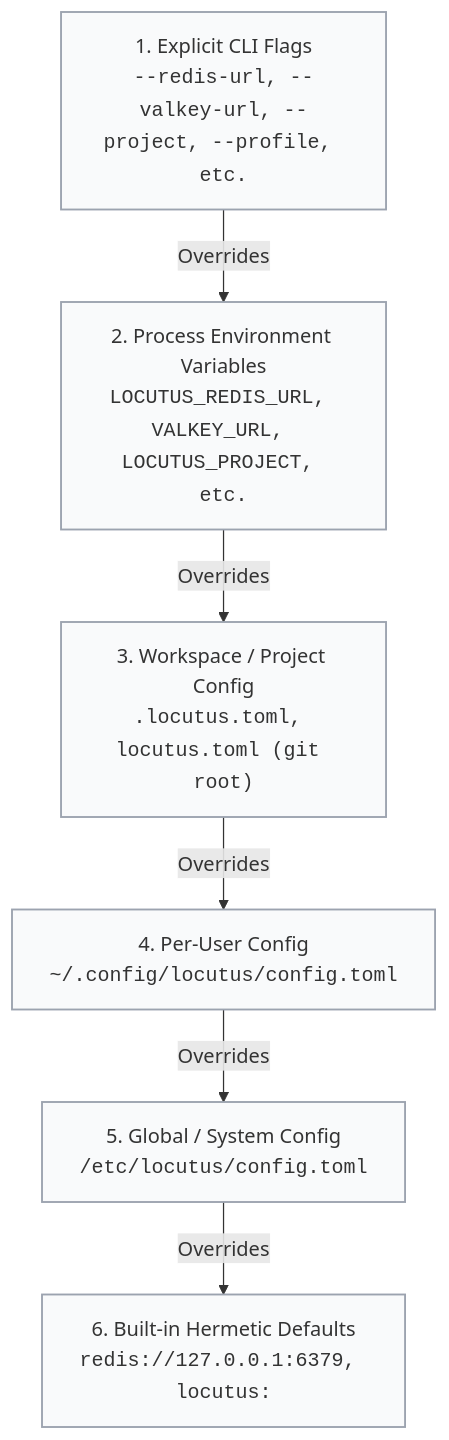
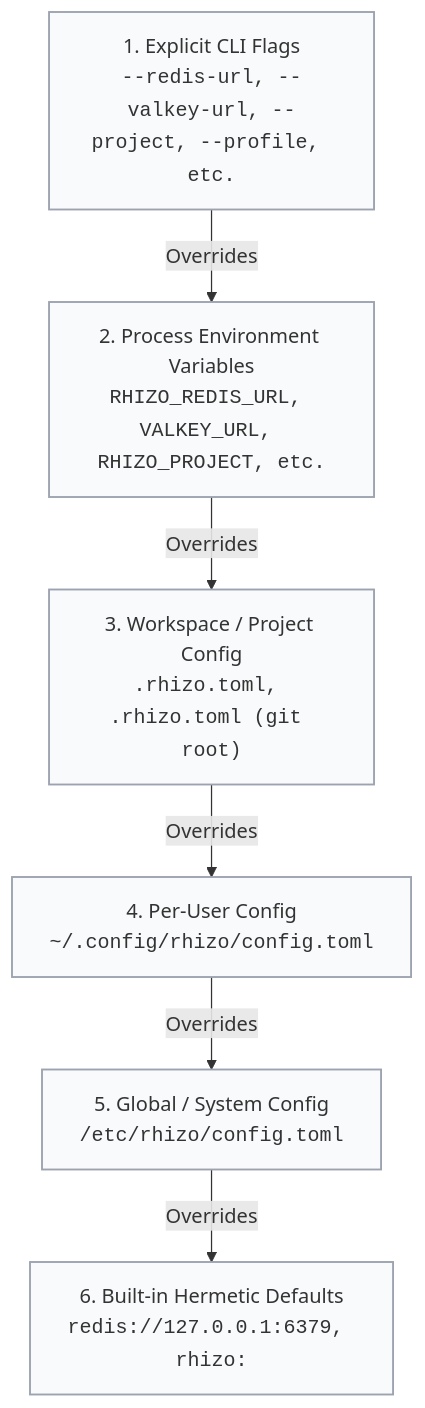
One commit to axiomantic/locu changed the third of 5 diagrams in README.md. Above: the diagram before and after it, drawn with Mermaid. The commit also changed other lines of this file and 4 other files, not shown here.

````diff
--- a/README.md
+++ b/README.md
@@ -917,18 +874,18 @@
 ```mermaid
 flowchart TD
     Tier1["1. Explicit CLI Flags<br/><code>--redis-url, --valkey-url, --project, --profile, etc.</code>"]
-    Tier2["2. Process Environment Variables<br/><code>LOCUTUS_REDIS_URL, VALKEY_URL, LOCUTUS_PROJECT, etc.</code>"]
-    Tier3["3. Workspace / Project Config<br/><code>.locutus.toml, locutus.toml (git root)</code>"]
-    Tier4["4. Per-User Config<br/><code>~/.config/locutus/config.toml</code>"]
-    Tier5["5. Global / System Config<br/><code>/etc/locutus/config.toml</code>"]
-    Tier6["6. Built-in Hermetic Defaults<br/><code>redis://127.0.0.1:6379, locutus:</code>"]
+    Tier2["2. Process Environment Variables<br/><code>RHIZO_REDIS_URL, VALKEY_URL, RHIZO_PROJECT, etc.</code>"]
+    Tier3["3. Workspace / Project Config<br/><code>.rhizo.toml, .rhizo.toml (git root)</code>"]
+    Tier4["4. Per-User Config<br/><code>~/.config/rhizo/config.toml</code>"]
+    Tier5["5. Global / System Config<br/><code>/etc/rhizo/config.toml</code>"]
+    Tier6["6. Built-in Hermetic Defaults<br/><code>redis://127.0.0.1:6379, rhizo:</code>"]
 
     Tier1 -->|Overrides| Tier2
     Tier2 -->|Overrides| Tier3
     Tier3 -->|Overrides| Tier4
     Tier4 -->|Overrides| Tier5
     Tier5 -->|Overrides| Tier6
 
     classDef default fill:#f9fafb,stroke:#9ca3af,stroke-width:1.5px;
     class Tier1,Tier2,Tier3,Tier4,Tier5,Tier6 default;
 ```
````
